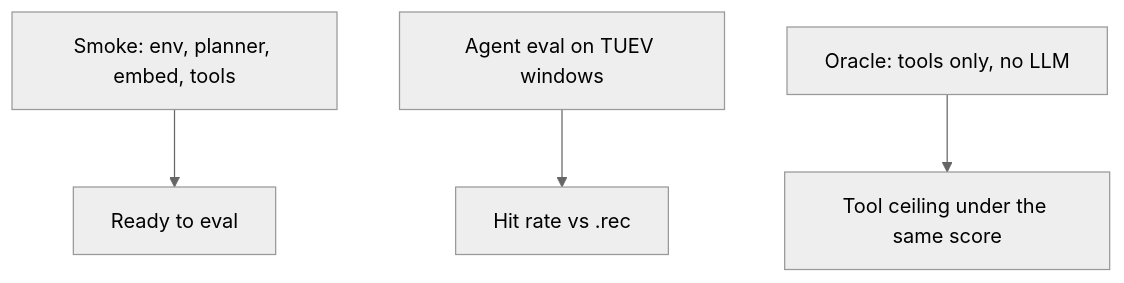
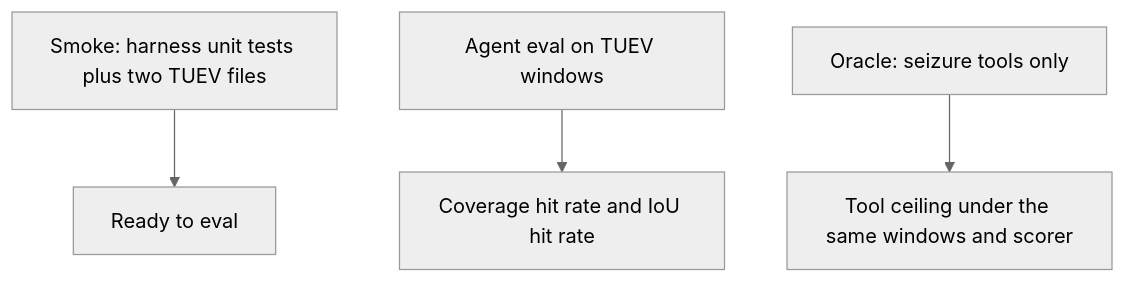
The third of 3 diagrams in docs/Overview.md (minhct267/EEGAgent), drawn with Mermaid (neutral theme) before and after one commit. The commit also changed other lines of this file and 27 other files, not shown here.

````diff
--- a/docs/Overview.md
+++ b/docs/Overview.md
@@ -65,6 +66,6 @@
 ```mermaid
 flowchart TD
-  smoke[Smoke: env, planner, embed, tools] --> ready[Ready to eval]
-  agentEval[Agent eval on TUEV windows] --> hit[Hit rate vs .rec]
-  oracle[Oracle: tools only, no LLM] --> ceiling[Tool ceiling under the same score]
+  smoke[Smoke: harness unit tests plus two TUEV files] --> ready[Ready to eval]
+  agentEval[Agent eval on TUEV windows] --> hit[Coverage hit rate and IoU hit rate]
+  oracle[Oracle: seizure tools only] --> ceiling[Tool ceiling under the same windows and scorer]
 ```
````
